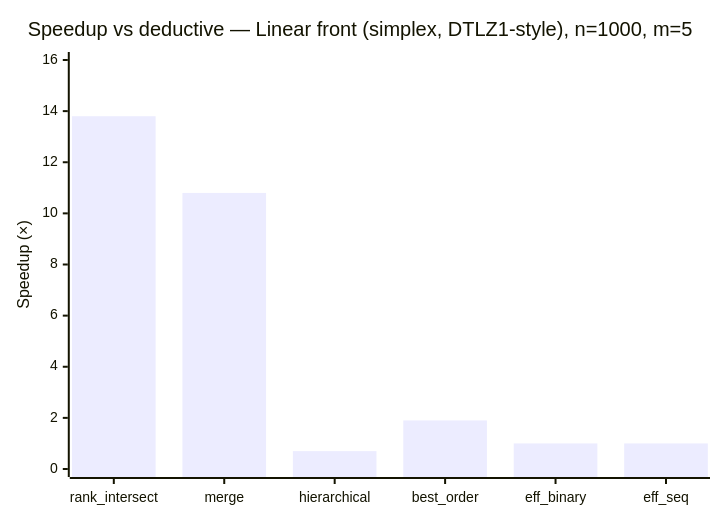
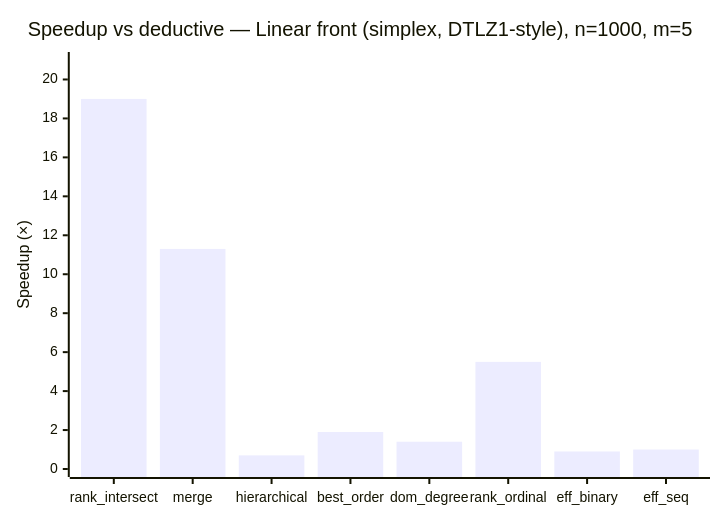
Before and after one commit to foolnotion/ndsort: the second of 8 diagrams in BENCHMARKS.md, drawn with Mermaid. The commit also changed other lines of this file and 3 other files, not shown here.

First line of the commit message:
feat: add dominance_degree and rank_ordinal to benchmarks; update docs

````diff
--- a/BENCHMARKS.md
+++ b/BENCHMARKS.md
@@ -72,7 +74,7 @@
 ```mermaid
 xychart-beta
     title "Speedup vs deductive — Linear front (simplex, DTLZ1-style), n=1000, m=5"
-    x-axis ["rank_intersect", "merge", "hierarchical", "best_order", "eff_binary", "eff_seq"]
-    y-axis "Speedup (×)" 0 --> 16
-    bar [13.8, 10.8, 0.7, 1.9, 1.0, 1.0]
+    x-axis ["rank_intersect", "merge", "hierarchical", "best_order", "dom_degree", "rank_ordinal", "eff_binary", "eff_seq"]
+    y-axis "Speedup (×)" 0 --> 21
+    bar [19.0, 11.3, 0.7, 1.9, 1.4, 5.5, 0.9, 1.0]
 ```
````
